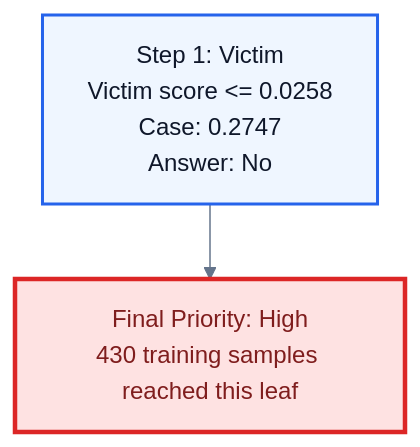
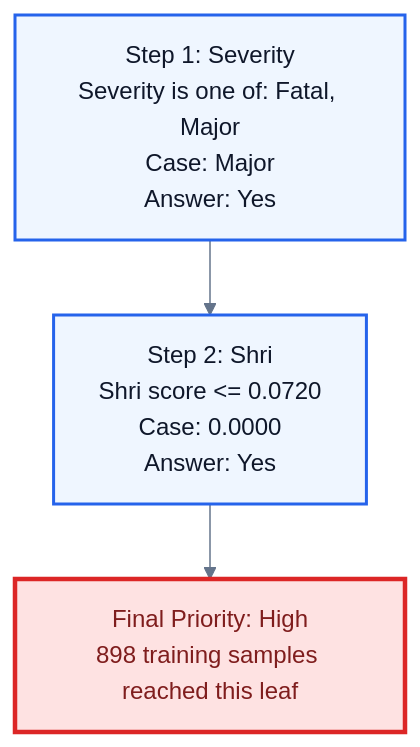
One commit to The-Yesh21/Anavaya-back-end changed the diagram in case_priority_system/decision_graphs/Sample_FIR_Case_Report_Sexual_Assault_decision_report.md. Above: the diagram before and after it, drawn with Mermaid. The commit also changed other lines of this file and 21 other files, not shown here.

````diff
--- a/case_priority_system/decision_graphs/Sample_FIR_Case_Report_Sexual_Assault_decision_report.md
+++ b/case_priority_system/decision_graphs/Sample_FIR_Case_Report_Sexual_Assault_decision_report.md
@@ -107,9 +107,11 @@
 ```mermaid
 %%{init: {'theme': 'base', 'themeVariables': {'fontFamily': 'Inter, Arial', 'primaryColor': '#F8FAFC', 'primaryTextColor': '#0F172A', 'primaryBorderColor': '#64748B', 'lineColor': '#64748B'}} }%%
 flowchart TD
-  N0["Step 1: Victim<br/>Victim score <= 0.0258<br/>Case: 0.2747<br/>Answer: No"]:::decision
-  N1["Final Priority: High<br/>430 training samples reached this leaf"]:::leaf
+  N0["Step 1: Severity<br/>Severity is one of: Fatal, Major<br/>Case: Major<br/>Answer: Yes"]:::decision
+  N1["Step 2: Shri<br/>Shri score <= 0.0720<br/>Case: 0.0000<br/>Answer: Yes"]:::decision
   N0 --> N1
+  N2["Final Priority: High<br/>898 training samples reached this leaf"]:::leaf
+  N1 --> N2
   classDef decision fill:#EFF6FF,stroke:#2563EB,stroke-width:2px,color:#0F172A;
   classDef leaf fill:#FEE2E2,stroke:#DC2626,stroke-width:3px,color:#7F1D1D;
 ```
````
